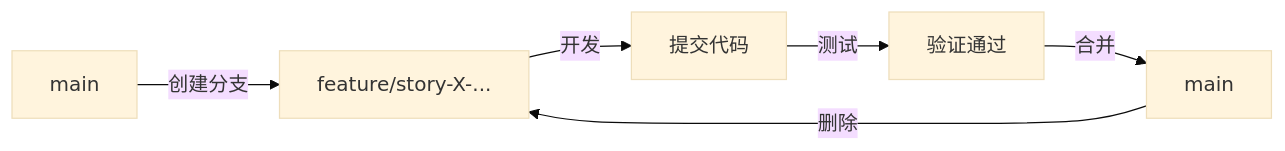
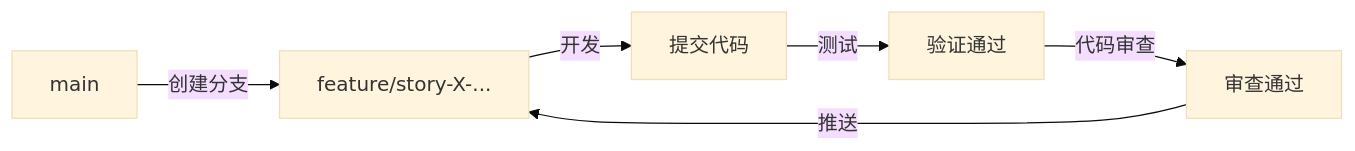
Before and after one commit to maicss/bmad-test2: the diagram in docs/GIT_WORKFLOW.md, drawn with Mermaid (base theme). The commit also changed other lines of this file, not shown here.

````diff
--- a/docs/GIT_WORKFLOW.md
+++ b/docs/GIT_WORKFLOW.md
@@ -89,8 +89,8 @@
 ```mermaid
 graph LR
     A[main] -->|创建分支| B[feature/story-X-...]
     B -->|开发| C[提交代码]
     C -->|测试| D[验证通过]
-    D -->|合并| E[main]
-    E -->|删除| B
+    D -->|代码审查| E[审查通过]
+    E -->|推送| B
 ```
````
